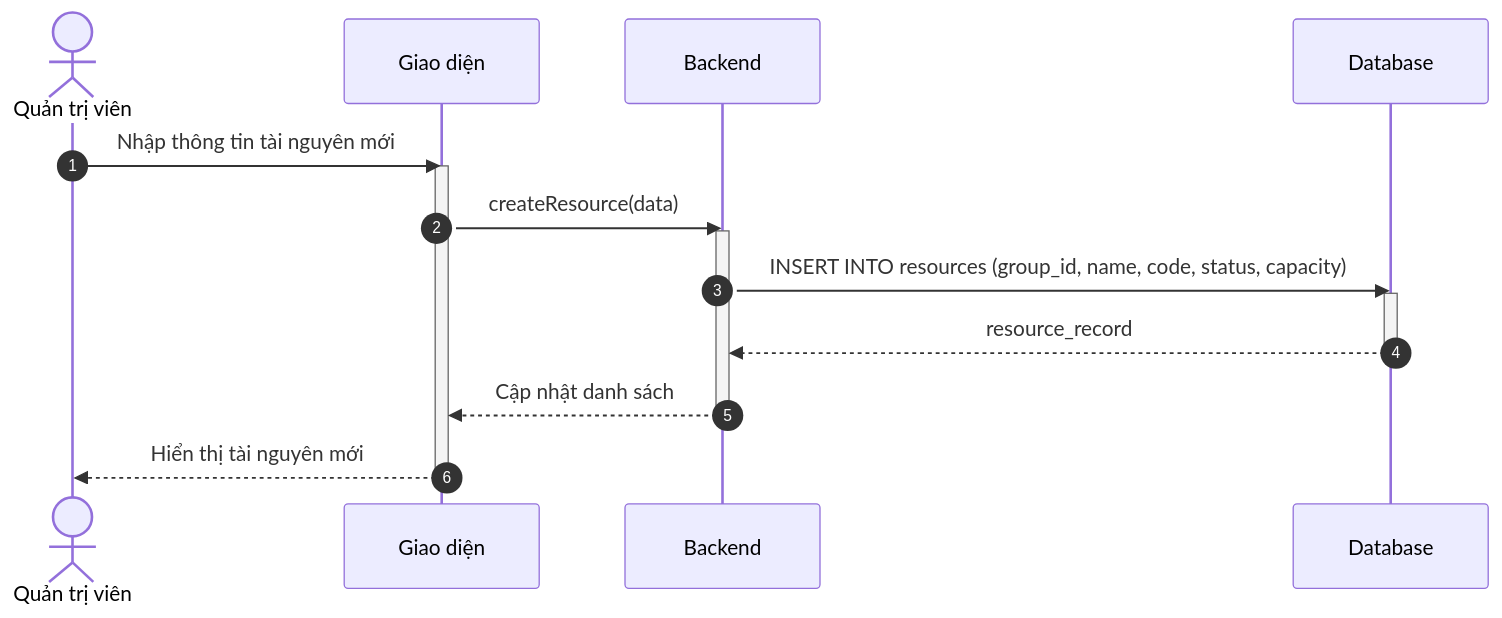
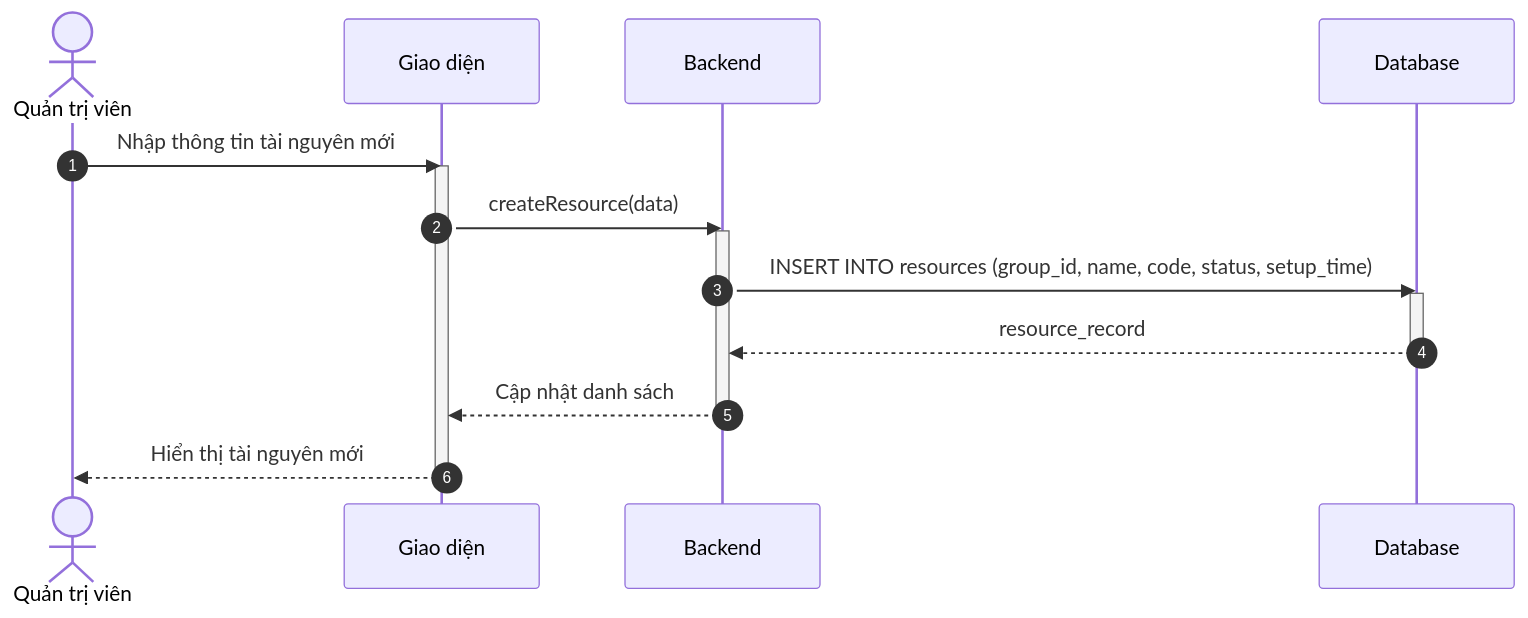
Before and after one commit to ngoctinn/Synapse: the second of 12 diagrams in docs/design/sequences/admin_flows.md, drawn with Mermaid. The commit also changed other lines of this file and 12 other files, not shown here.

````diff
--- a/docs/design/sequences/admin_flows.md
+++ b/docs/design/sequences/admin_flows.md
@@ -62,24 +62,24 @@
 ```mermaid
 sequenceDiagram
     autonumber
     actor QTV as Quản trị viên
     participant UI as Giao diện
     participant BE as Backend
     participant DB as Database
 
     QTV->>UI: Nhập thông tin tài nguyên mới
     activate UI
     UI->>BE: createResource(data)
     activate BE
 
-    BE->>DB: INSERT INTO resources (group_id, name, code, status, capacity)
+    BE->>DB: INSERT INTO resources (group_id, name, code, status, setup_time)
     activate DB
     DB-->>BE: resource_record
     deactivate DB
 
     BE-->>UI: Cập nhật danh sách
     deactivate BE
 
     UI-->>QTV: Hiển thị tài nguyên mới
     deactivate UI
 ```
````
